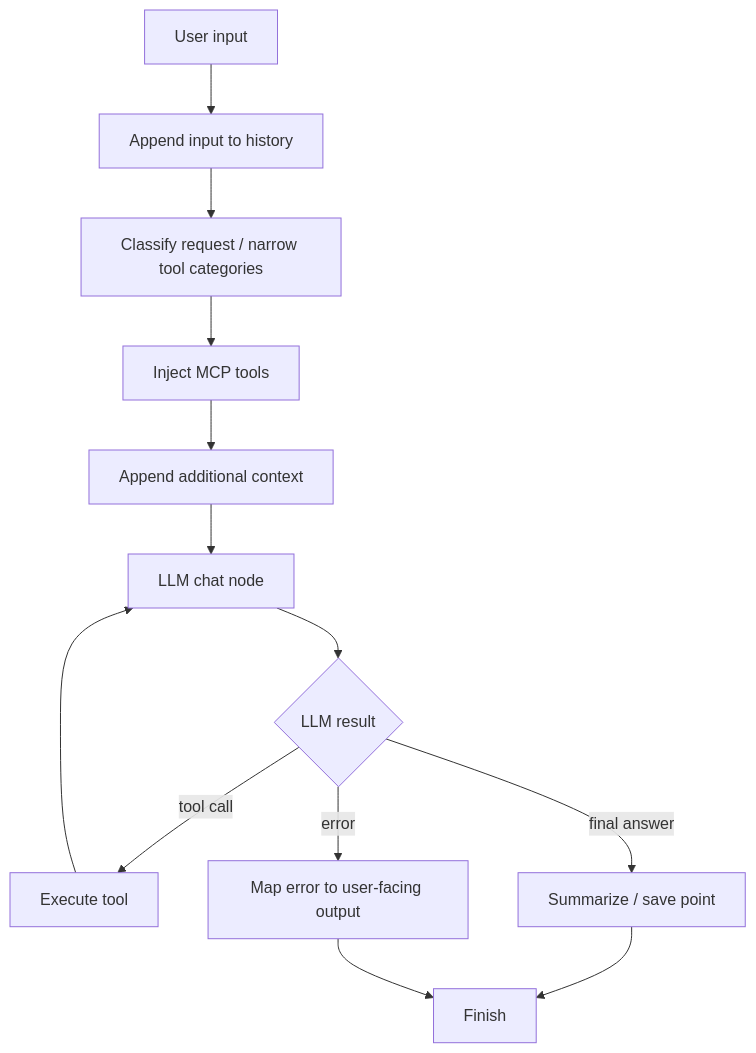
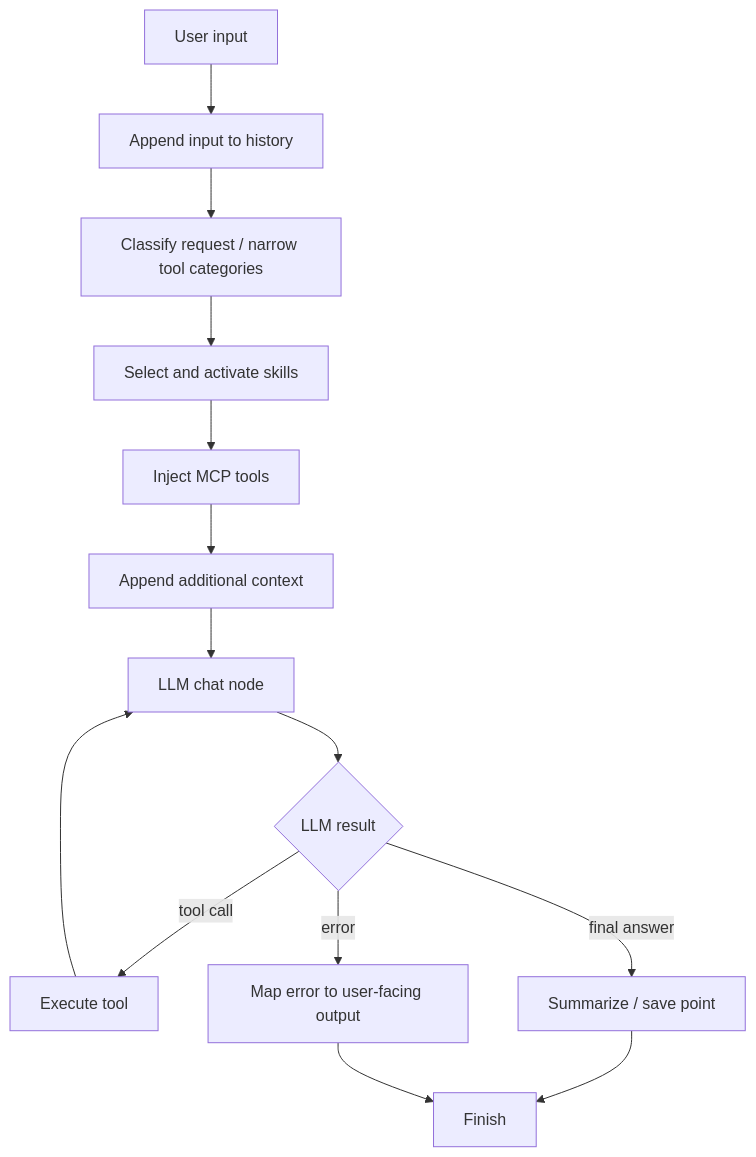
One commit to D00mch/souz changed the second of 4 diagrams in README.md. Above: the diagram before and after it, drawn with Mermaid. The commit also changed other lines of this file and 52 other files, not shown here.

````diff
--- a/README.md
+++ b/README.md
@@ -130,15 +135,16 @@
 ```mermaid
 flowchart TD
     input["User input"] --> history["Append input to history"]
     history --> classify["Classify request / narrow tool categories"]
-    classify --> mcp["Inject MCP tools"]
+    classify --> skills["Select and activate skills"]
+    skills --> mcp["Inject MCP tools"]
     mcp --> enrich["Append additional context"]
     enrich --> llm["LLM chat node"]
     llm --> decision{"LLM result"}
     decision -->|tool call| tool["Execute tool"]
     tool --> llm
     decision -->|final answer| summary["Summarize / save point"]
     decision -->|error| errorNode["Map error to user-facing output"]
     summary --> finish["Finish"]
     errorNode --> finish
 ```
````
